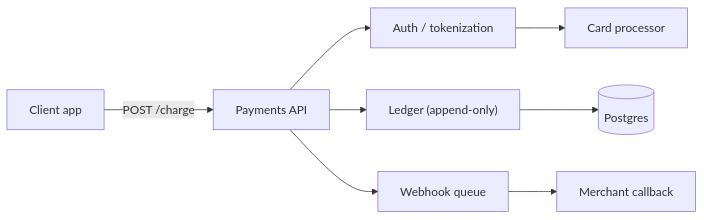
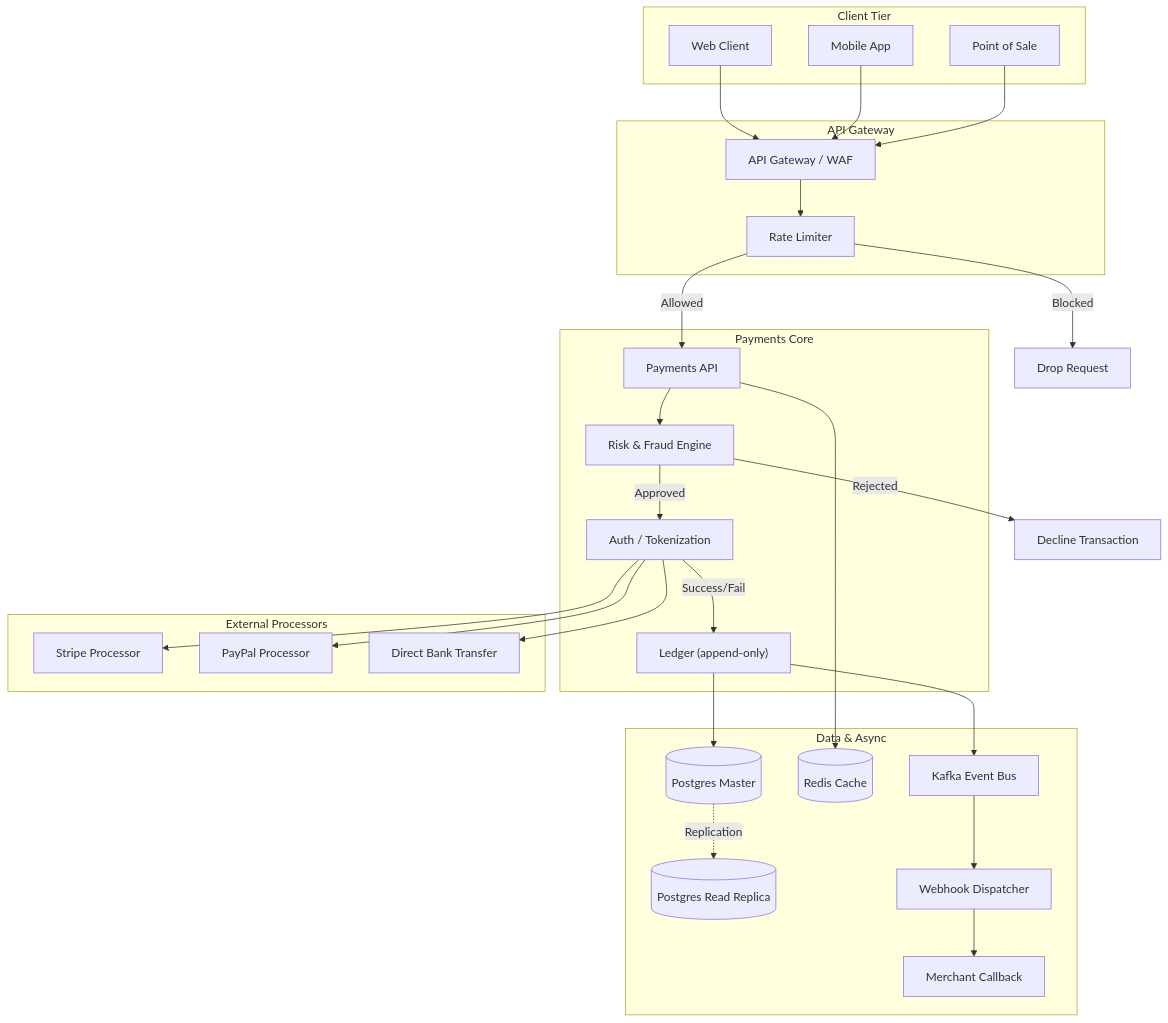
One commit to thebubbsy/marksmith changed the diagram in examples/product-spec.md. Above: the diagram before and after it, drawn with Mermaid. The commit also changed 7 other files, not shown here.

Commit message:
docs: Flex native Word conversion, update Roadmap and proprietary messaging

````diff
--- a/examples/product-spec.md
+++ b/examples/product-spec.md
@@ -14,10 +14,64 @@
 ```mermaid
-graph LR
-    Client["Client app"] -->|POST /charge| API["Payments API"]
-    API --> Auth["Auth / tokenization"]
-    Auth --> PSP["Card processor"]
-    API --> Ledger["Ledger (append-only)"]
-    Ledger --> DB[("Postgres")]
-    API --> Queue["Webhook queue"]
-    Queue --> Merchant["Merchant callback"]
+graph TD
+    subgraph Client Tier
+        Web["Web Client"]
+        Mobile["Mobile App"]
+        POS["Point of Sale"]
+    end
+
+    subgraph API Gateway
+        Gateway["API Gateway / WAF"]
+        RateLimit["Rate Limiter"]
+    end
+
+    subgraph Payments Core
+        API["Payments API"]
+        Auth["Auth / Tokenization"]
+        Risk["Risk & Fraud Engine"]
+        Ledger["Ledger (append-only)"]
+    end
+
+    subgraph External Processors
+        Stripe["Stripe Processor"]
+        PayPal["PayPal Processor"]
+        Bank["Direct Bank Transfer"]
+    end
+
+    subgraph Data & Async
+        DB[("Postgres Master")]
+        DB_Replica[("Postgres Read Replica")]
+        Cache[("Redis Cache")]
+        Queue["Kafka Event Bus"]
+        Webhook["Webhook Dispatcher"]
+        Merchant["Merchant Callback"]
+    end
+
+    %% Client requests
+    Web --> Gateway
+    Mobile --> Gateway
+    POS --> Gateway
+
+    %% Gateway logic
+    Gateway --> RateLimit
+    RateLimit --> |Allowed| API
+    RateLimit --> |Blocked| Drop["Drop Request"]
+
+    %% Core logic
+    API --> Cache
+    API --> Risk
+    Risk --> |Approved| Auth
+    Risk --> |Rejected| Decline["Decline Transaction"]
+    Auth --> Stripe
+    Auth --> PayPal
+    Auth --> Bank
+
+    %% State persistence
+    Auth --> |Success/Fail| Ledger
+    Ledger --> DB
+    DB -.-> |Replication| DB_Replica
+
+    %% Async processing
+    Ledger --> Queue
+    Queue --> Webhook
+    Webhook --> Merchant
 ```
````
